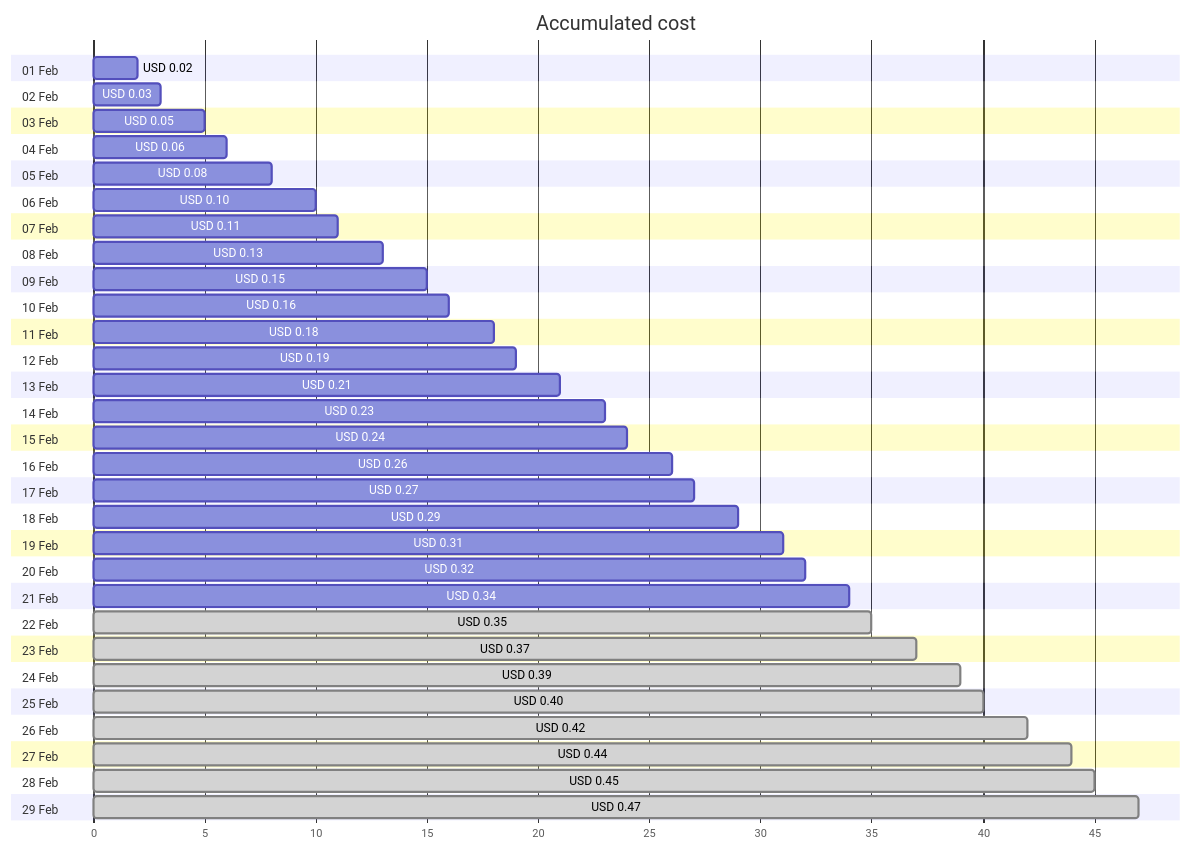
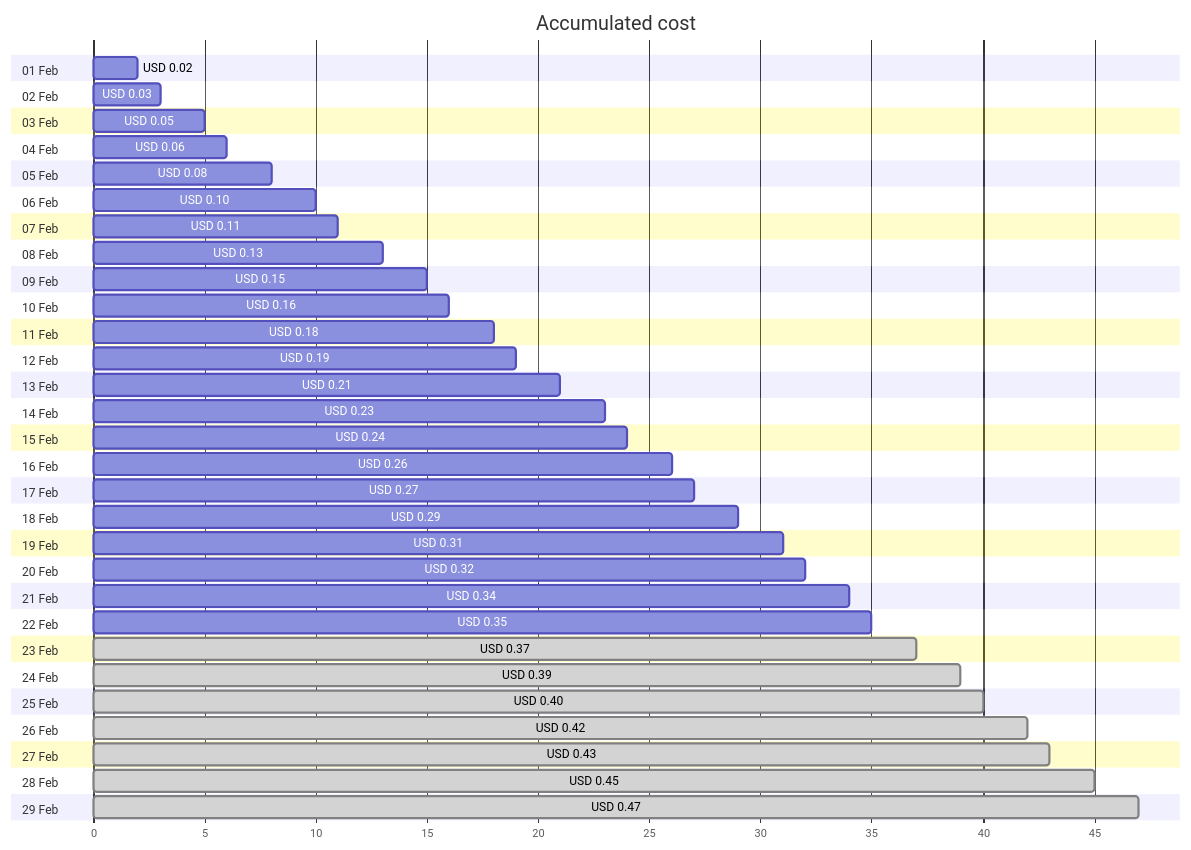
One commit to jpfulton/azure-personal-reports changed the first of 4 diagrams in cost-reports/personal-network/private.jpatrickfulton.com.md. Above: the diagram before and after it, drawn with Mermaid. The commit also changed other lines of this file and 8 other files, not shown here.

````diff
--- a/cost-reports/personal-network/private.jpatrickfulton.com.md
+++ b/cost-reports/personal-network/private.jpatrickfulton.com.md
@@ -20,64 +20,64 @@
 ```mermaid
 gantt
    title Accumulated cost
    dateFormat  X
    axisFormat %s
    section 01 Feb
    USD 0.02 :0, 2
    section 02 Feb
    USD 0.03 :0, 3
    section 03 Feb
    USD 0.05 :0, 5
    section 04 Feb
    USD 0.06 :0, 6
    section 05 Feb
    USD 0.08 :0, 8
    section 06 Feb
    USD 0.10 :0, 10
    section 07 Feb
    USD 0.11 :0, 11
    section 08 Feb
    USD 0.13 :0, 13
    section 09 Feb
    USD 0.15 :0, 15
    section 10 Feb
    USD 0.16 :0, 16
    section 11 Feb
    USD 0.18 :0, 18
    section 12 Feb
    USD 0.19 :0, 19
    section 13 Feb
    USD 0.21 :0, 21
    section 14 Feb
    USD 0.23 :0, 23
    section 15 Feb
    USD 0.24 :0, 24
    section 16 Feb
    USD 0.26 :0, 26
    section 17 Feb
    USD 0.27 :0, 27
    section 18 Feb
    USD 0.29 :0, 29
    section 19 Feb
    USD 0.31 :0, 31
    section 20 Feb
    USD 0.32 :0, 32
    section 21 Feb
    USD 0.34 :0, 34
    section 22 Feb
-   USD 0.35 : done, 0, 35
+   USD 0.35 :0, 35
    section 23 Feb
    USD 0.37 : done, 0, 37
    section 24 Feb
    USD 0.39 : done, 0, 39
    section 25 Feb
    USD 0.40 : done, 0, 40
    section 26 Feb
    USD 0.42 : done, 0, 42
    section 27 Feb
-   USD 0.44 : done, 0, 44
+   USD 0.43 : done, 0, 43
    section 28 Feb
    USD 0.45 : done, 0, 45
    section 29 Feb
    USD 0.47 : done, 0, 47
 ```
````
